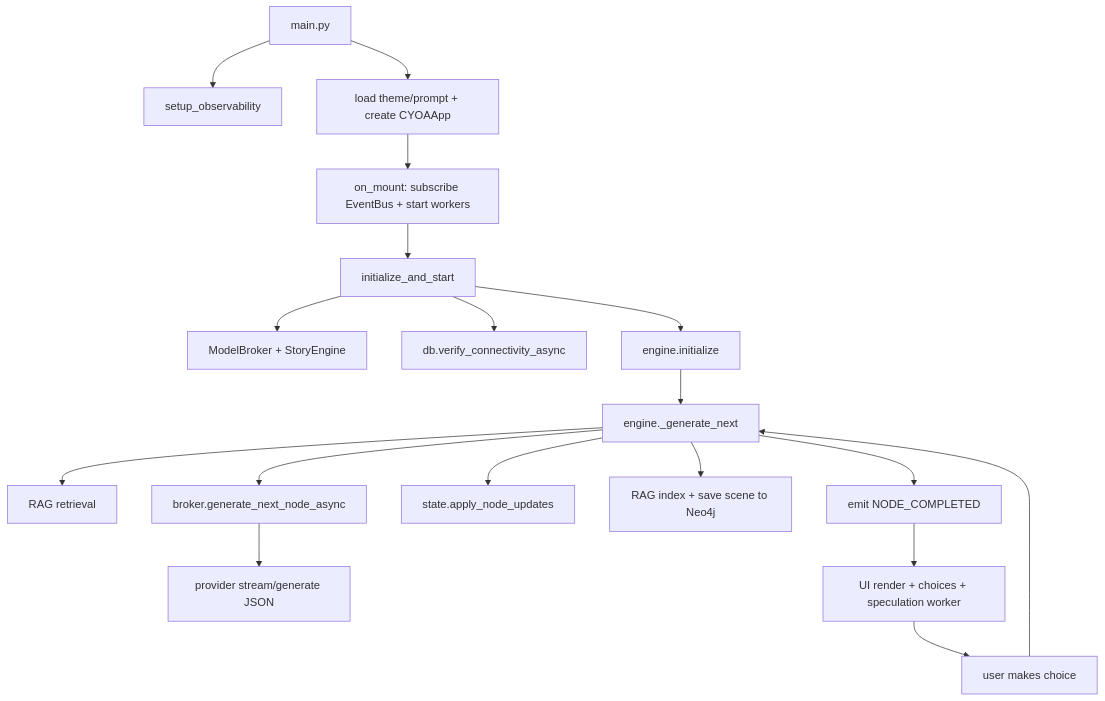
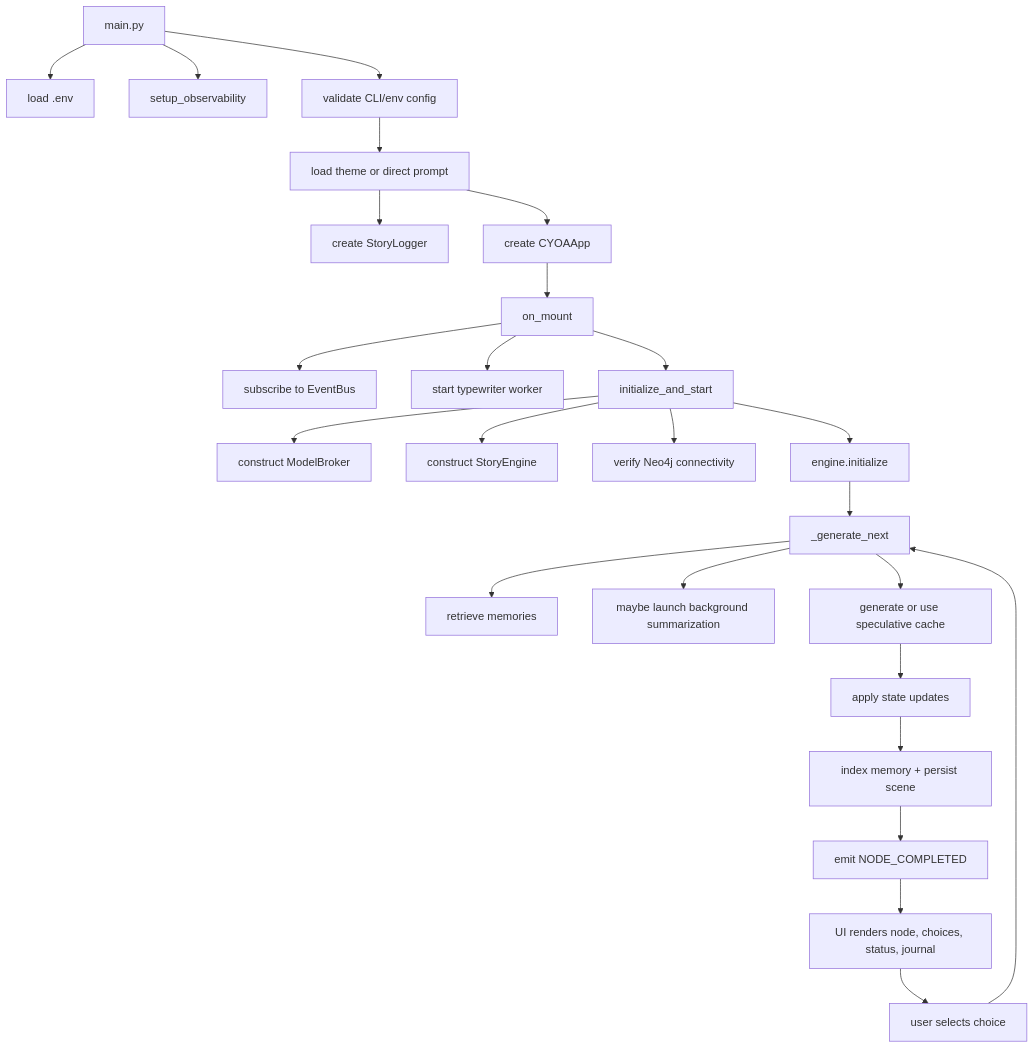
The diagram in CODEWIKI.md (KishanPipariya/CYOA_TUI), drawn with Mermaid before and after one commit. The commit also changed other lines of this file, not shown here.

````diff
--- a/CODEWIKI.md
+++ b/CODEWIKI.md
@@ -49,20 +80,27 @@
 ```mermaid
 flowchart TD
-    A[main.py] --> B[setup_observability]
-    A --> C[load theme/prompt + create CYOAApp]
-    C --> D[on_mount: subscribe EventBus + start workers]
-    D --> E[initialize_and_start]
-    E --> F[ModelBroker + StoryEngine]
-    E --> G[db.verify_connectivity_async]
-    E --> H[engine.initialize]
-    H --> I[engine._generate_next]
-    I --> J[RAG retrieval]
-    I --> K[broker.generate_next_node_async]
-    K --> L[provider stream/generate JSON]
-    I --> M[state.apply_node_updates]
-    I --> N[RAG index + save scene to Neo4j]
-    I --> O[emit NODE_COMPLETED]
-    O --> P[UI render + choices + speculation worker]
-    P --> Q[user makes choice]
-    Q --> I
+    A[main.py] --> B[load .env]
+    A --> C[setup_observability]
+    A --> D[validate CLI/env config]
+    D --> E[load theme or direct prompt]
+    E --> F[create StoryLogger]
+    E --> G[create CYOAApp]
+    G --> H[on_mount]
+    H --> I[subscribe to EventBus]
+    H --> J[start typewriter worker]
+    H --> K[initialize_and_start]
+    K --> L[construct ModelBroker]
+    K --> M[construct StoryEngine]
+    K --> N[verify Neo4j connectivity]
+    K --> O[engine.initialize]
+    O --> P[_generate_next]
+    P --> Q[retrieve memories]
+    P --> R[maybe launch background summarization]
+    P --> S[generate or use speculative cache]
+    S --> T[apply state updates]
+    T --> U[index memory + persist scene]
+    U --> V[emit NODE_COMPLETED]
+    V --> W[UI renders node, choices, status, journal]
+    W --> X[user selects choice]
+    X --> P
 ```
````
